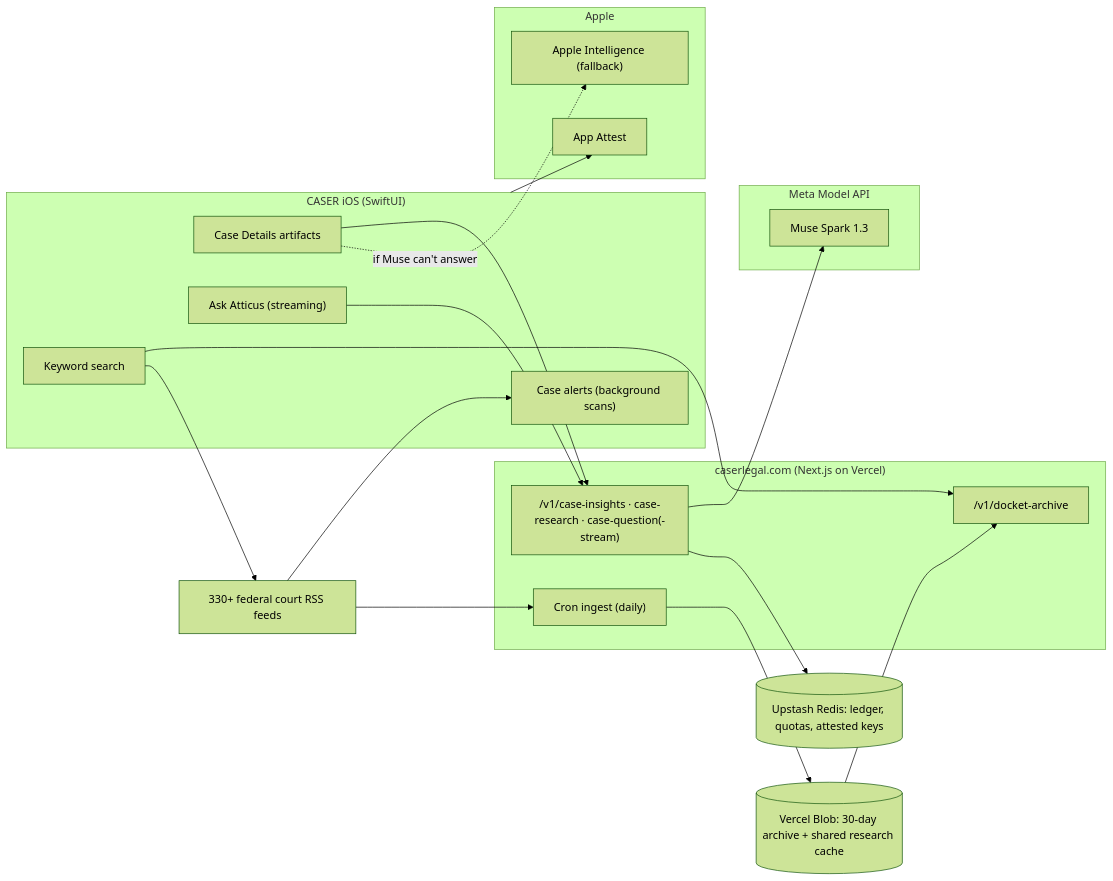
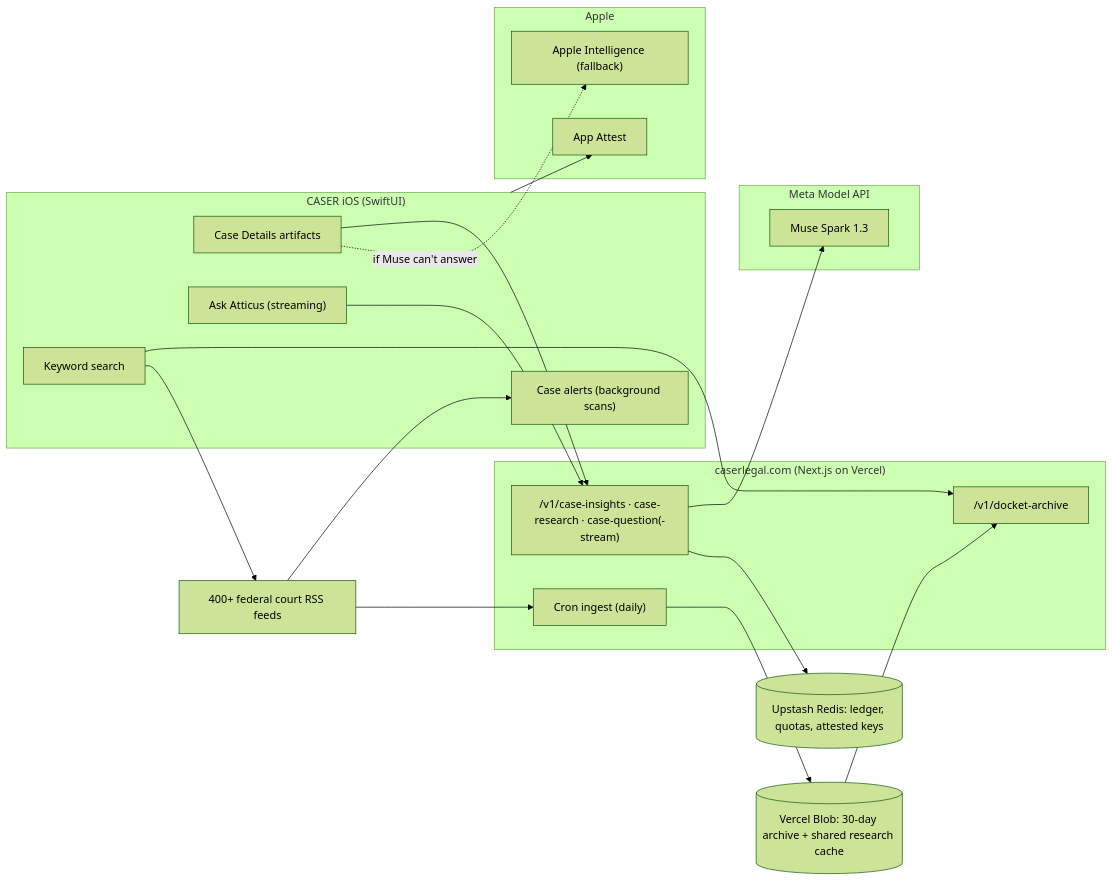
The diagram in README.md (caser-legal/CASER-2.0), drawn with Mermaid (forest theme) before and after one commit. The commit also changed other lines of this file, not shown here.

Commit message:
README: demo video under the judges' tip, 24-hour feed window, 400+ feeds, origin story

````diff
--- a/README.md
+++ b/README.md
@@ -148,33 +157,33 @@
 ```mermaid
 flowchart LR
     subgraph iPhone["CASER iOS (SwiftUI)"]
         Search["Keyword search"]
         Details["Case Details artifacts"]
         Ask["Ask Atticus (streaming)"]
         Alerts["Case alerts (background scans)"]
     end
     subgraph Web["caserlegal.com (Next.js on Vercel)"]
         API["/v1/case-insights · case-research · case-question(-stream)"]
         ArchiveAPI["/v1/docket-archive"]
         Cron["Cron ingest (daily)"]
     end
     subgraph Meta["Meta Model API"]
         Spark["Muse Spark 1.3"]
     end
     subgraph Apple["Apple"]
         Attest["App Attest"]
         AppleAI["Apple Intelligence (fallback)"]
     end
-    Feeds["330+ federal court RSS feeds"] --> Cron
+    Feeds["400+ federal court RSS feeds"] --> Cron
     Feeds --> Alerts
     Cron --> Blob[("Vercel Blob: 30-day archive + shared research cache")]
     Blob --> ArchiveAPI
     Search --> ArchiveAPI
     Search --> Feeds
     Details --> API
     Ask --> API
     API --> Spark
     API --> Redis[("Upstash Redis: ledger, quotas, attested keys")]
     iPhone --> Attest
     Details -. "if Muse can't answer" .-> AppleAI
 ```
````
